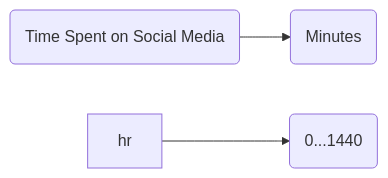
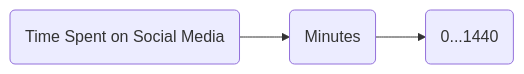
One commit to KateR14/CLOSER_KR changed the tenth of 14 diagrams in basic-unit1.1/  what-is-data.md. Above: the diagram before and after it, drawn with Mermaid. The commit also changed other lines of this file, not shown here.

````diff
--- a/basic-unit1.1/  what-is-data.md
+++ b/basic-unit1.1/  what-is-data.md
@@ -277,7 +269,7 @@
 ``` mermaid
 
 flowchart LR
     tsosm(Time Spent on Social Media) --> min(Minutes)
-    hr --> d(0...1440)
+    min --> d(0...1440)
 
 ```
````
